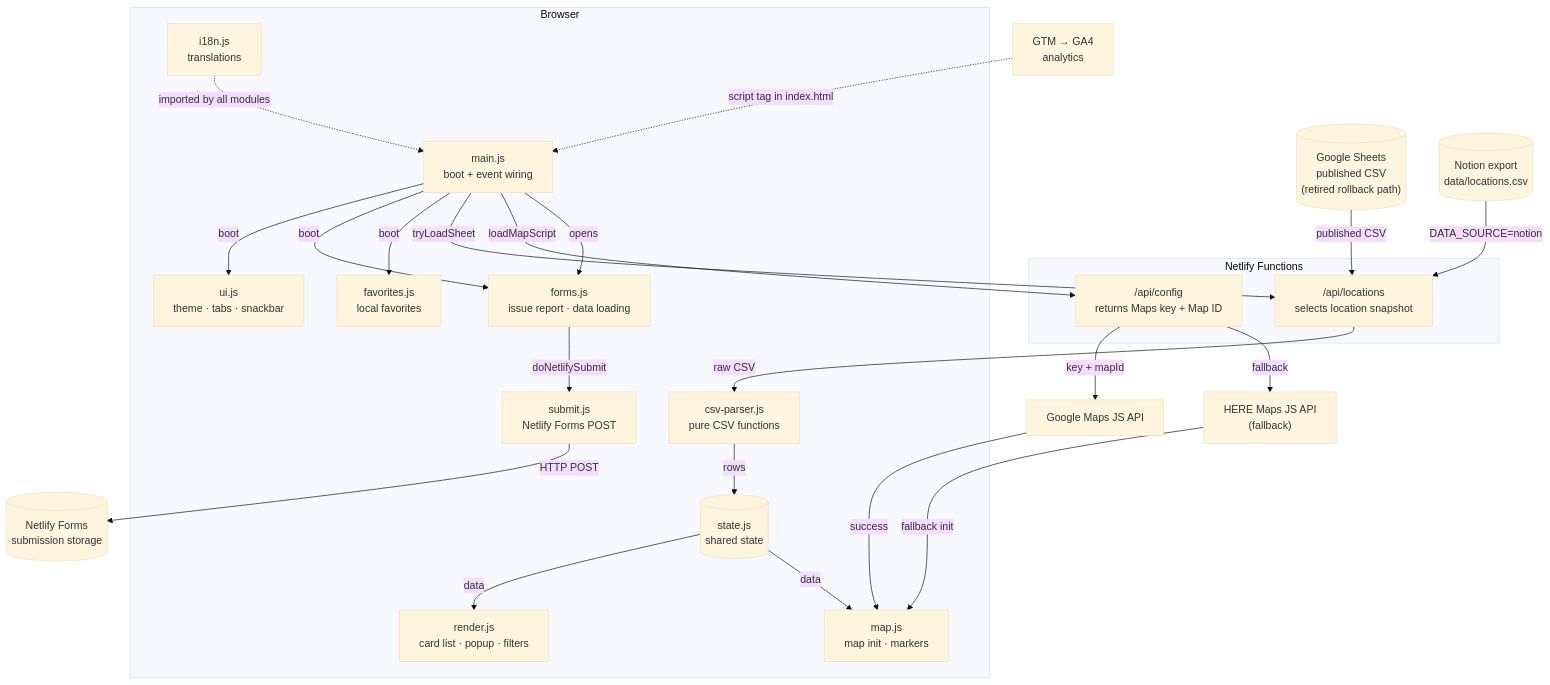
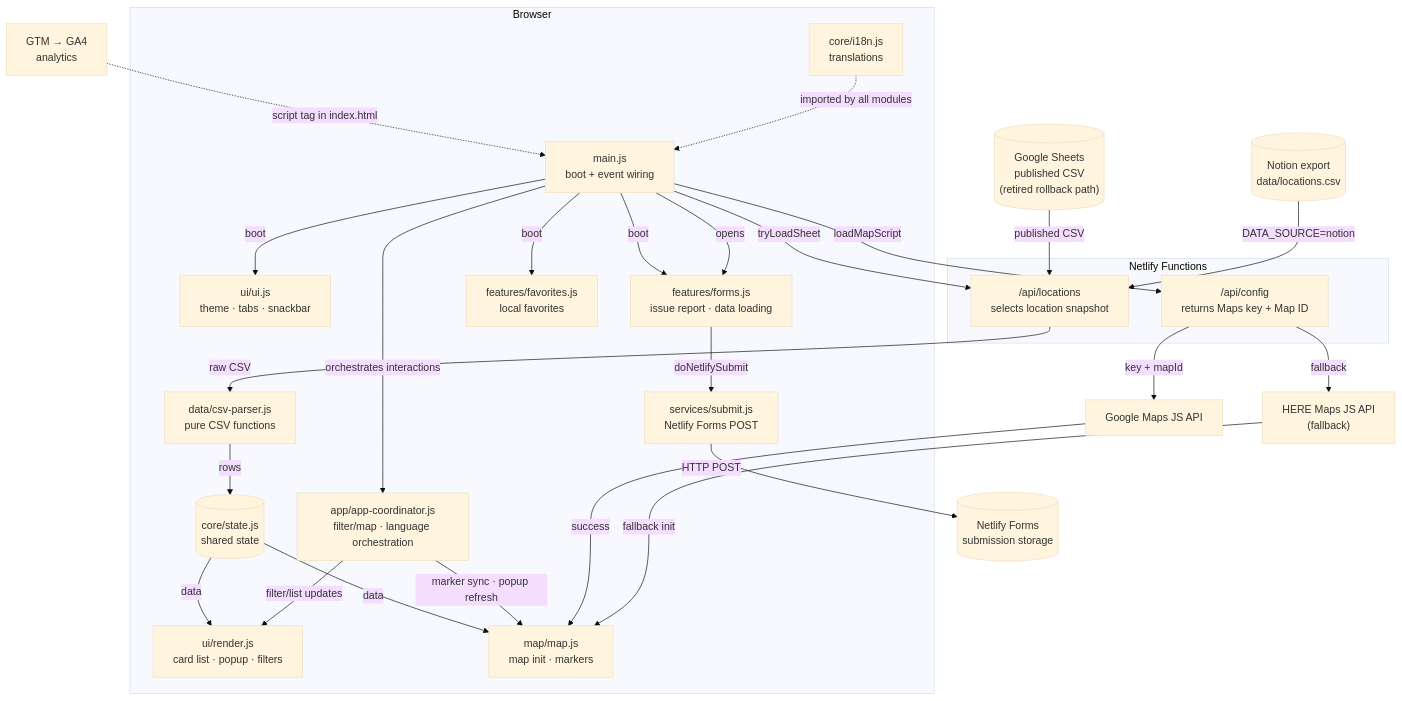
Before and after one commit to ginaz5/lingorm-map: the first of 2 diagrams in README.md, drawn with Mermaid (base theme). The commit also changed other lines of this file and 103 other files, not shown here.

First line of the commit message:
feat: improve map discovery and strengthen location data workflows (#2)

````diff
--- a/README.md
+++ b/README.md
@@ -35,51 +36,55 @@
 ```mermaid
 flowchart TD
     subgraph Browser["Browser"]
         MAIN["main.js\nboot + event wiring"]
-        STATE[("state.js\nshared state")]
-        I18N["i18n.js\ntranslations"]
-        CSV["csv-parser.js\npure CSV functions"]
-        RENDER["render.js\ncard list · popup · filters"]
-        MAP["map.js\nmap init · markers"]
-        UI["ui.js\ntheme · tabs · snackbar"]
-        FORMS["forms.js\nissue report · data loading"]
-        SUBMIT["submit.js\nNetlify Forms POST"]
-        FAV["favorites.js\nlocal favorites"]
+        STATE[("core/state.js\nshared state")]
+        I18N["core/i18n.js\ntranslations"]
+        CSV["data/csv-parser.js\npure CSV functions"]
+        RENDER["ui/render.js\ncard list · popup · filters"]
+        MAP["map/map.js\nmap init · markers"]
+        COORD["app/app-coordinator.js\nfilter/map · language orchestration"]
+        UI["ui/ui.js\ntheme · tabs · snackbar"]
+        FORMS["features/forms.js\nissue report · data loading"]
+        SUBMIT["services/submit.js\nNetlify Forms POST"]
+        FAV["features/favorites.js\nlocal favorites"]
     end
 
     subgraph Netlify_Fn["Netlify Functions"]
         CFG["/api/config\nreturns Maps key + Map ID"]
         LOC["/api/locations\nselects location snapshot"]
     end
 
     GS[("Google Sheets\npublished CSV\n(retired rollback path)")]
     NOTION[("Notion export\ndata/locations.csv")]
     GMAPS["Google Maps JS API"]
     HERE["HERE Maps JS API\n(fallback)"]
     NFORMS[("Netlify Forms\nsubmission storage")]
     GTM["GTM → GA4\nanalytics"]
 
     MAIN -->|"boot"| UI
+    MAIN -->|"orchestrates interactions"| COORD
     MAIN -->|"boot"| FORMS
     MAIN -->|"boot"| FAV
     MAIN -->|"tryLoadSheet"| LOC
     GS -->|"published CSV"| LOC
     NOTION -->|"DATA_SOURCE=notion"| LOC
     LOC -->|"raw CSV"| CSV
     CSV -->|"rows"| STATE
     STATE -->|"data"| RENDER
     STATE -->|"data"| MAP
+    COORD -->|"filter/list updates"| RENDER
+    COORD -->|"marker sync · popup refresh"| MAP
 
     MAIN -->|"loadMapScript"| CFG
     CFG -->|"key + mapId"| GMAPS
     GMAPS -->|"success"| MAP
     CFG -->|"fallback"| HERE
     HERE -->|"fallback init"| MAP
 
     MAIN -->|"opens"| FORMS
     FORMS -->|"doNetlifySubmit"| SUBMIT
     SUBMIT -->|"HTTP POST"| NFORMS
 
     GTM -.->|"script tag in index.html"| MAIN
     I18N -.->|"imported by all modules"| MAIN
 ```
````
